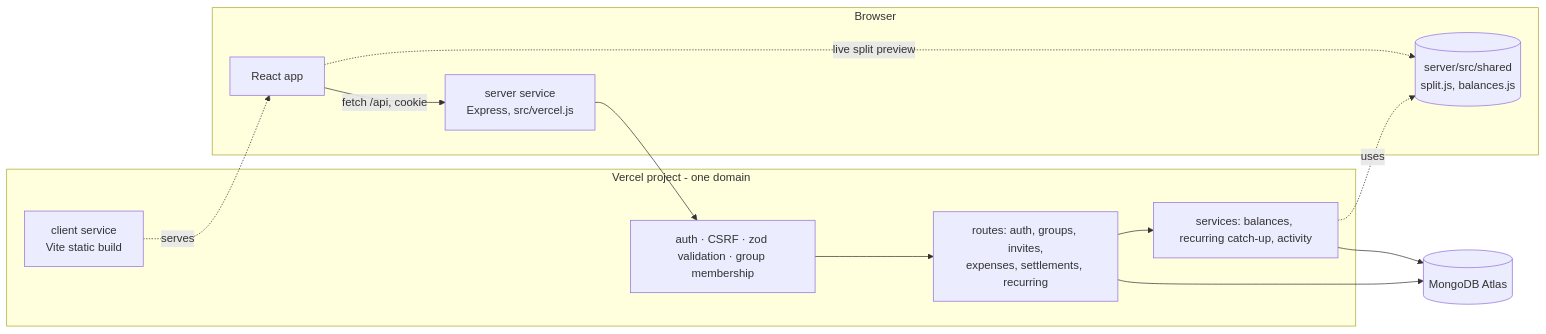
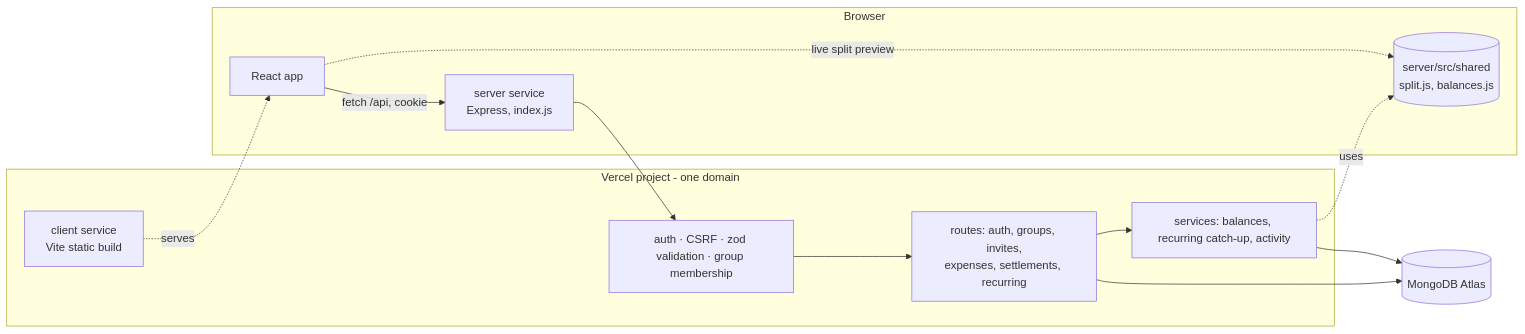
One commit to sanjyotbodhe/hisaab changed the diagram in README.md. Above: the diagram before and after it, drawn with Mermaid. The commit also changed other lines of this file and 1 other file, not shown here.

````diff
--- a/README.md
+++ b/README.md
@@ -48,16 +48,16 @@
 ```mermaid
 flowchart LR
   subgraph Browser
     UI[React app] -->|fetch /api, cookie| API
     UI -. live split preview .-> SH[(server/src/shared<br/>split.js, balances.js)]
   end
   subgraph Vercel project - one domain
     CL[client service<br/>Vite static build] -.serves.-> UI
-    API[server service<br/>Express, src/vercel.js] --> MW[auth · CSRF · zod validation · group membership]
+    API[server service<br/>Express, index.js] --> MW[auth · CSRF · zod validation · group membership]
     MW --> R[routes: auth, groups, invites,<br/>expenses, settlements, recurring]
     R --> S[services: balances, recurring catch-up, activity]
     S -.uses.-> SH
   end
   S --> DB[(MongoDB Atlas)]
   R --> DB
 ```
````
